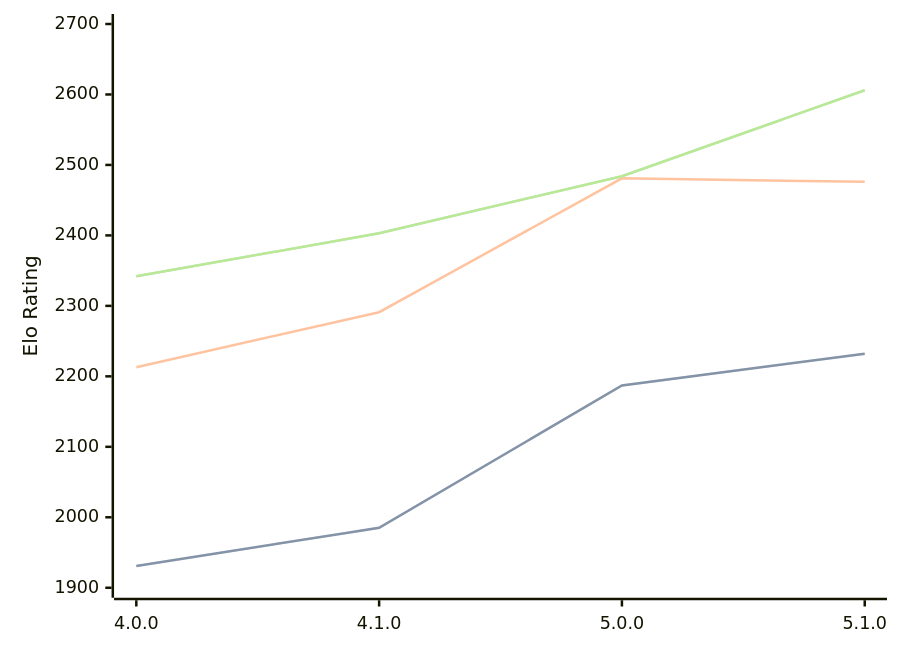
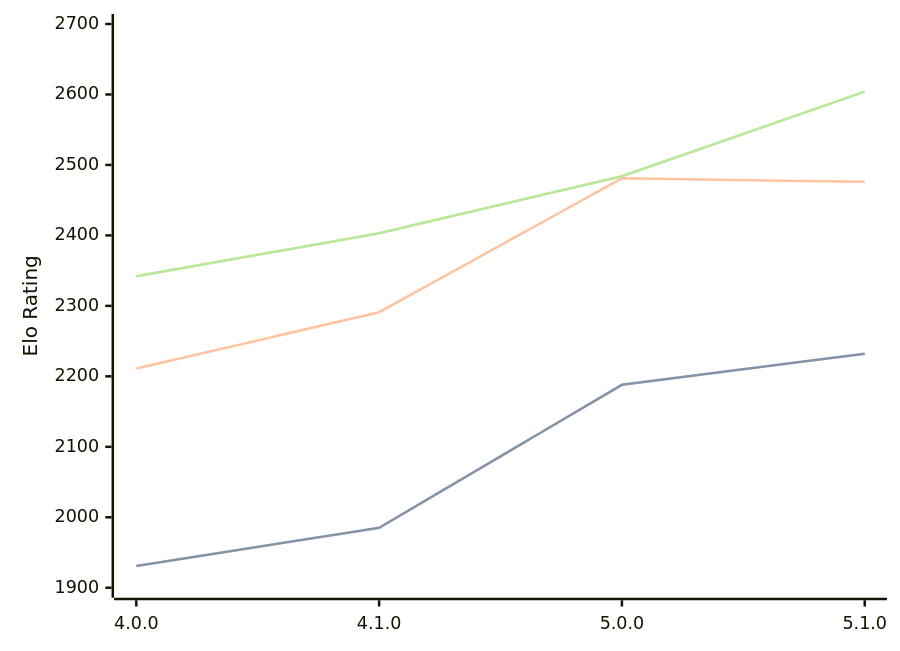
One commit to computer-chess-index/cci changed the diagram in engines/Aconcagua.md. Above: the diagram before and after it, drawn with Mermaid. The commit also changed other lines of this file, not shown here.

Commit message:
Update CCI Ratings (ELO VLTC) - 2026-03-25

````diff
--- a/engines/Aconcagua.md
+++ b/engines/Aconcagua.md
@@ -43,11 +43,11 @@
 ```mermaid
 %%{init: {"theme":"base","themeVariables":{"seriesColors:['#a3a3a3','#222221','#faa371']}}}%%
 xychart-beta
   x-axis ["4.0.0", "4.1.0", "5.0.0", "5.1.0"]
   y-axis "Elo Rating" 1900 --> 2700
-  line "STC (8.0+0.08s)" [1931, 1985, 2187, 2232]
-  line "STC (8.0+0.08s)" [1931, 1985, 2187, 2232]
-  line "LTC (60.0+0.60s)" [2213, 2291, 2481, 2476]
-  line "VLTC (2m24s+1.12s)" [2342, 2403, 2484, 2606]
-  line "VLTC (2m24s+1.12s)" [2342, 2403, 2484, 2606]
+  line "STC (8.0+0.08s)" [1931, 1985, 2188, 2232]
+  line "STC (8.0+0.08s)" [1931, 1985, 2188, 2232]
+  line "LTC (60.0+0.60s)" [2211, 2291, 2481, 2476]
+  line "VLTC (2m24s+1.12s)" [2342, 2403, 2484, 2604]
+  line "VLTC (2m24s+1.12s)" [2342, 2403, 2484, 2604]
 ```
````
